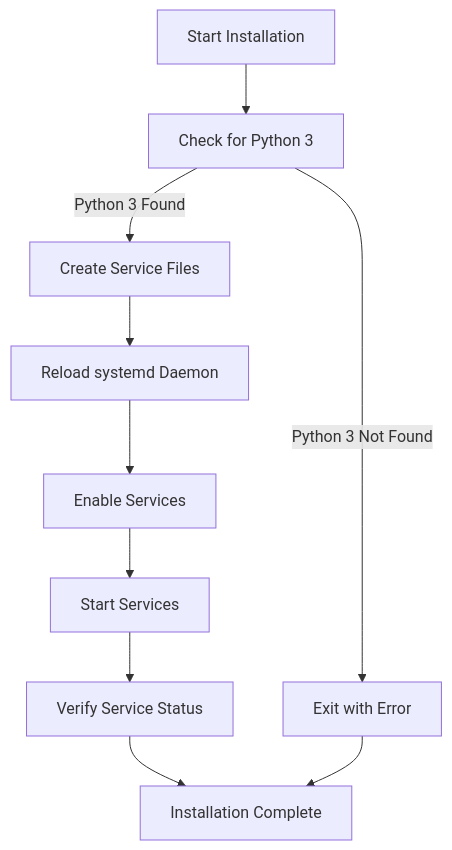
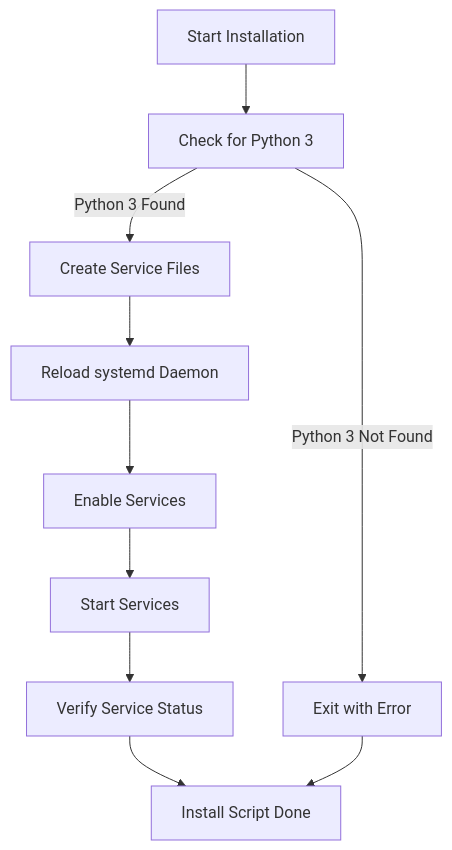
One commit to noelashford/pandas-json-to-parquet-etl changed the first of 3 diagrams in README.md. Above: the diagram before and after it, drawn with Mermaid.

Commit message:
Initial Commit of Cohere JSON -> Parquet ETL Example Services / Code

````diff
--- a/README.md
+++ b/README.md
@@ -30,12 +30,12 @@
 ```mermaid
 flowchart TD
     A[Start Installation] --> B[Check for Python 3]
     B -->|Python 3 Found| C[Create Service Files]
     B -->|Python 3 Not Found| Z[Exit with Error]
     C --> D[Reload systemd Daemon]
     D --> E[Enable Services]
     E --> F[Start Services]
     F --> G[Verify Service Status]
-    G --> H[Installation Complete]
+    G --> H[Install Script Done]
     Z --> H
 ```
````
